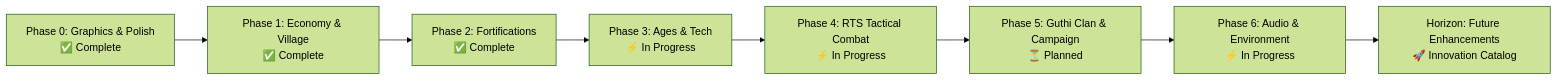
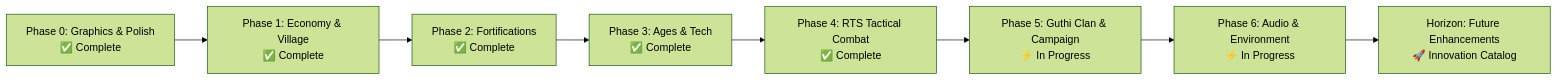
One commit to sanishchahero/age-of-gorkha changed the first of 4 diagrams in TASK.md. Above: the diagram before and after it, drawn with Mermaid (forest theme). The commit also changed other lines of this file and 19 other files, not shown here.

Commit message:
feat: Complete Phase 3 (Tech Tree & Wonder), Phase 4 (Hero Generals), Phase 5 (Guthi Clan & Campaign), and Phase 6 (Day-Night Cycle)

````diff
--- a/TASK.md
+++ b/TASK.md
@@ -12,10 +12,10 @@
 ```mermaid
 flowchart LR
     M0["Phase 0: Graphics & Polish<br/>✅ Complete"] --> M1["Phase 1: Economy & Village<br/>✅ Complete"]
     M1 --> M2["Phase 2: Fortifications<br/>✅ Complete"]
-    M2 --> M3["Phase 3: Ages & Tech<br/>⚡ In Progress"]
-    M3 --> M4["Phase 4: RTS Tactical Combat<br/>⚡ In Progress"]
-    M4 --> M5["Phase 5: Guthi Clan & Campaign<br/>⏳ Planned"]
+    M2 --> M3["Phase 3: Ages & Tech<br/>✅ Complete"]
+    M3 --> M4["Phase 4: RTS Tactical Combat<br/>✅ Complete"]
+    M4 --> M5["Phase 5: Guthi Clan & Campaign<br/>⚡ In Progress"]
     M5 --> M6["Phase 6: Audio & Environment<br/>⚡ In Progress"]
     M6 --> M7["Horizon: Future Enhancements<br/>🚀 Innovation Catalog"]
 ```
````
